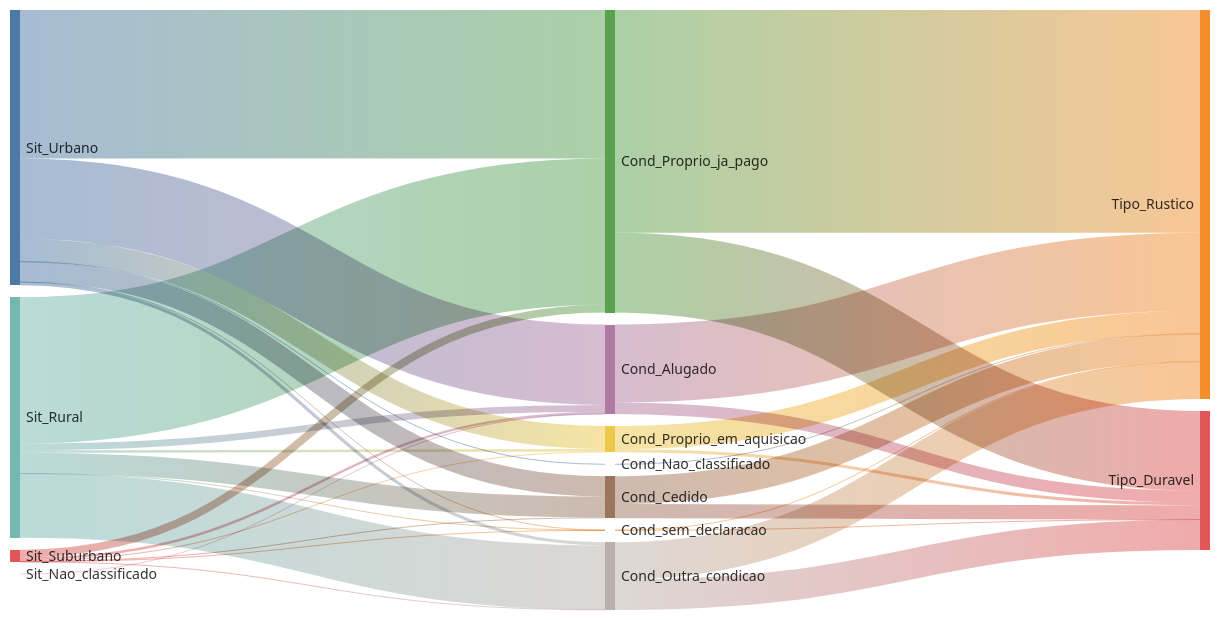
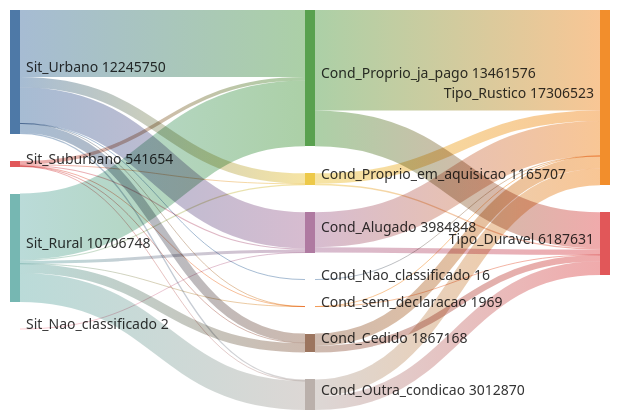
The first of 3 diagrams in dataviz/index.md (rafapolo/xyz), drawn with Mermaid before and after one commit. The commit also changed other lines of this file and 2 other files, not shown here.

````diff
--- a/dataviz/index.md
+++ b/dataviz/index.md
@@ -172,43 +172,36 @@
 ```mermaid
----
-config:
- sankey:
-  showValues: false
-  width: 1200
-  height: 600
----
 sankey
     Sit_Urbano,Cond_sem_declaracao,1168
     Sit_Suburbano,Cond_sem_declaracao,26
     Sit_Rural,Cond_sem_declaracao,775
     Sit_Urbano,Cond_Proprio_ja_pago,6602220
     Sit_Suburbano,Cond_Proprio_ja_pago,345236
     Sit_Rural,Cond_Proprio_ja_pago,6514120
     Sit_Urbano,Cond_Proprio_em_aquisicao,1021044
     Sit_Suburbano,Cond_Proprio_em_aquisicao,33202
     Sit_Rural,Cond_Proprio_em_aquisicao,111461
     Sit_Urbano,Cond_Alugado,3575026
     Sit_Suburbano,Cond_Alugado,109313
     Sit_Rural,Cond_Alugado,300507
     Sit_Nao_classificado,Cond_Alugado,2
     Sit_Urbano,Cond_Cedido,906408
     Sit_Suburbano,Cond_Cedido,40742
     Sit_Rural,Cond_Cedido,920018
     Sit_Urbano,Cond_Outra_condicao,139868
     Sit_Suburbano,Cond_Outra_condicao,13135
     Sit_Rural,Cond_Outra_condicao,2859867
     Sit_Urbano,Cond_Nao_classificado,16
     Cond_sem_declaracao,Tipo_Rustico,1434
     Cond_sem_declaracao,Tipo_Duravel,535
     Cond_Proprio_ja_pago,Tipo_Rustico,9912955
     Cond_Proprio_ja_pago,Tipo_Duravel,3548621
     Cond_Proprio_em_aquisicao,Tipo_Rustico,1032172
     Cond_Proprio_em_aquisicao,Tipo_Duravel,133535
     Cond_Alugado,Tipo_Rustico,3465003
     Cond_Alugado,Tipo_Duravel,519845
     Cond_Cedido,Tipo_Rustico,1235874
     Cond_Cedido,Tipo_Duravel,631294
     Cond_Outra_condicao,Tipo_Rustico,1659069
     Cond_Outra_condicao,Tipo_Duravel,1353801
     Cond_Nao_classificado,Tipo_Rustico,16
 ```
````
